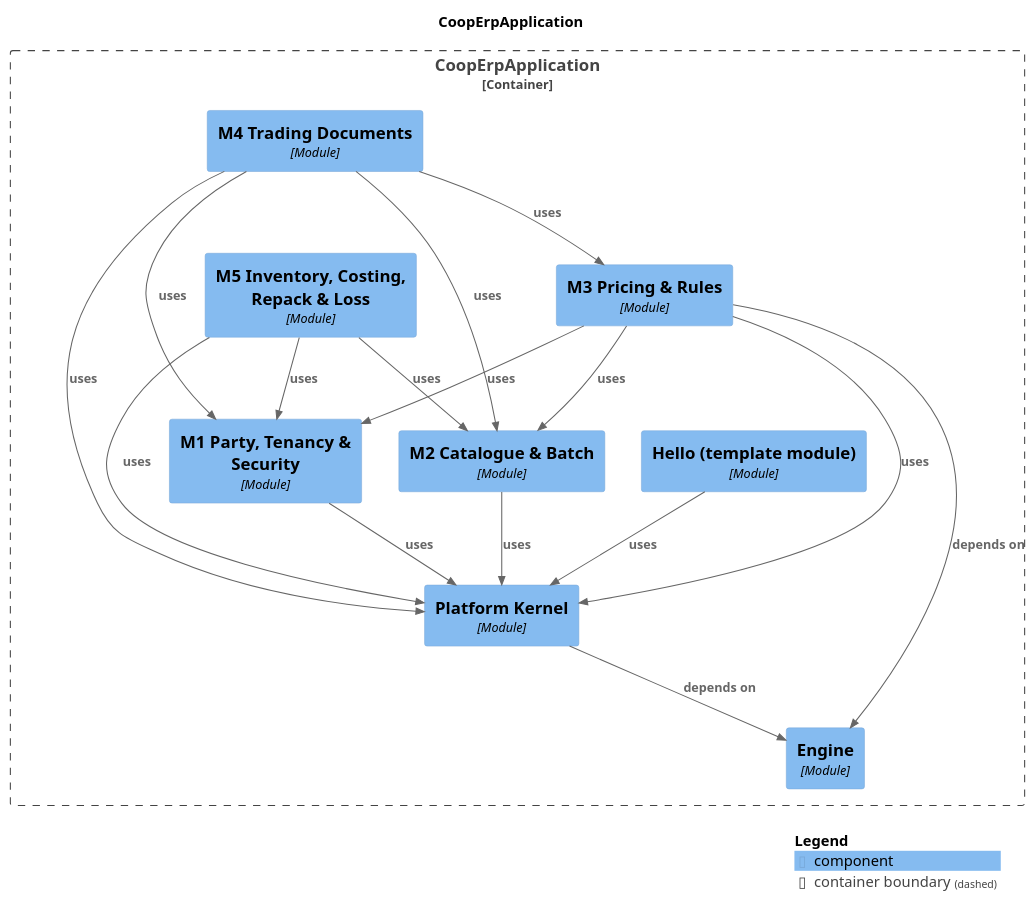
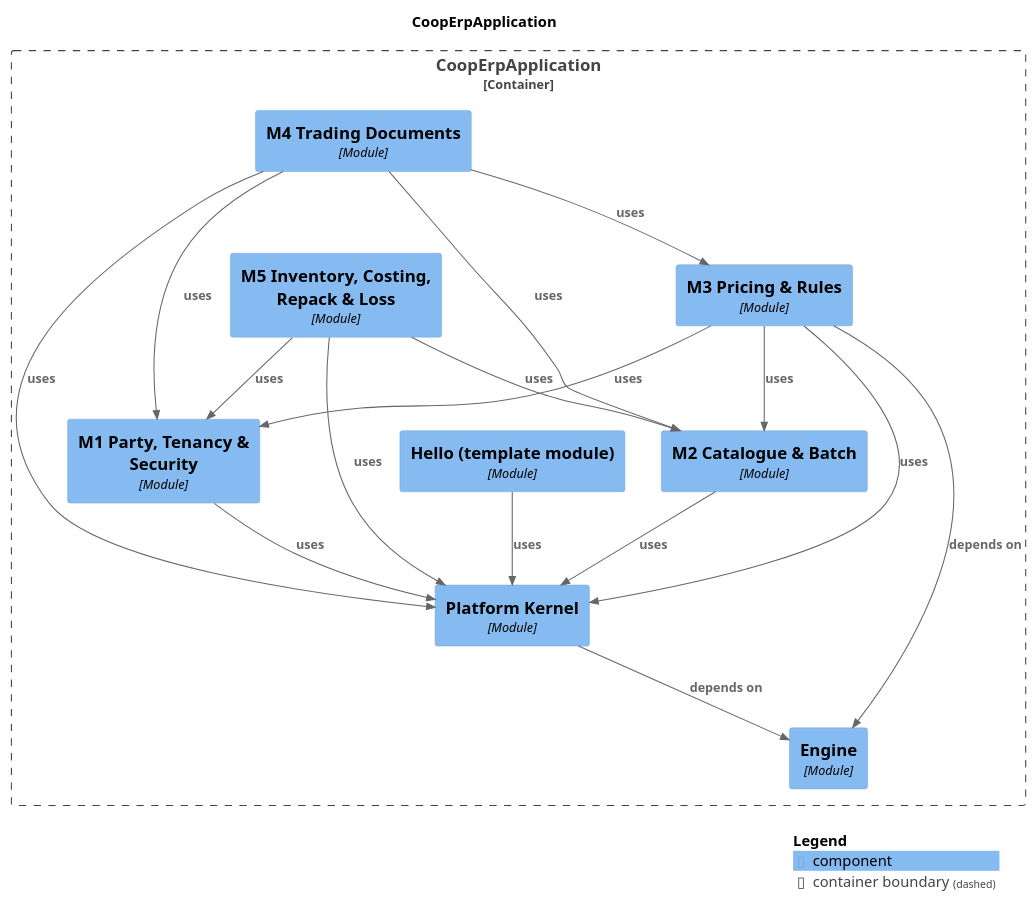
Before and after one commit to Knoweb/COOP_ERP: the diagram in docs/modules/components.puml, drawn with PlantUML. The commit also changed other lines of this file and 1 other file, not shown here.

Commit message:
docs(modules): regenerate the module diagrams and the web client

```diff
--- a/docs/modules/components.puml
+++ b/docs/modules/components.puml
@@ -1,39 +1,39 @@
 @startuml
 set separator none
 title CoopErpApplication
 
 top to bottom direction
 
 !include <C4/C4>
 !include <C4/C4_Context>
 !include <C4/C4_Component>
 
 Container_Boundary("CoopErpApplication.CoopErpApplication_boundary", "CoopErpApplication", $tags="") {
+  Component(CoopErpApplication.CoopErpApplication.M5InventoryCostingRepackLoss, "M5 Inventory, Costing, Repack & Loss", $techn="Module", $descr="", $tags="", $link="")
   Component(CoopErpApplication.CoopErpApplication.M4TradingDocuments, "M4 Trading Documents", $techn="Module", $descr="", $tags="", $link="")
-  Component(CoopErpApplication.CoopErpApplication.M5InventoryCostingRepackLoss, "M5 Inventory, Costing, Repack & Loss", $techn="Module", $descr="", $tags="", $link="")
   Component(CoopErpApplication.CoopErpApplication.Engine, "Engine", $techn="Module", $descr="", $tags="", $link="")
   Component(CoopErpApplication.CoopErpApplication.PlatformKernel, "Platform Kernel", $techn="Module", $descr="", $tags="", $link="")
   Component(CoopErpApplication.CoopErpApplication.Hellotemplatemodule, "Hello (template module)", $techn="Module", $descr="", $tags="", $link="")
   Component(CoopErpApplication.CoopErpApplication.M1PartyTenancySecurity, "M1 Party, Tenancy & Security", $techn="Module", $descr="", $tags="", $link="")
   Component(CoopErpApplication.CoopErpApplication.M2CatalogueBatch, "M2 Catalogue & Batch", $techn="Module", $descr="", $tags="", $link="")
   Component(CoopErpApplication.CoopErpApplication.M3PricingRules, "M3 Pricing & Rules", $techn="Module", $descr="", $tags="", $link="")
 }
 
 Rel(CoopErpApplication.CoopErpApplication.Hellotemplatemodule, CoopErpApplication.CoopErpApplication.PlatformKernel, "uses", $techn="", $tags="", $link="")
 Rel(CoopErpApplication.CoopErpApplication.M1PartyTenancySecurity, CoopErpApplication.CoopErpApplication.PlatformKernel, "uses", $techn="", $tags="", $link="")
 Rel(CoopErpApplication.CoopErpApplication.M2CatalogueBatch, CoopErpApplication.CoopErpApplication.PlatformKernel, "uses", $techn="", $tags="", $link="")
 Rel(CoopErpApplication.CoopErpApplication.M3PricingRules, CoopErpApplication.CoopErpApplication.Engine, "depends on", $techn="", $tags="", $link="")
 Rel(CoopErpApplication.CoopErpApplication.M3PricingRules, CoopErpApplication.CoopErpApplication.M1PartyTenancySecurity, "uses", $techn="", $tags="", $link="")
 Rel(CoopErpApplication.CoopErpApplication.M3PricingRules, CoopErpApplication.CoopErpApplication.M2CatalogueBatch, "uses", $techn="", $tags="", $link="")
 Rel(CoopErpApplication.CoopErpApplication.M3PricingRules, CoopErpApplication.CoopErpApplication.PlatformKernel, "uses", $techn="", $tags="", $link="")
 Rel(CoopErpApplication.CoopErpApplication.M4TradingDocuments, CoopErpApplication.CoopErpApplication.M1PartyTenancySecurity, "uses", $techn="", $tags="", $link="")
 Rel(CoopErpApplication.CoopErpApplication.M4TradingDocuments, CoopErpApplication.CoopErpApplication.M2CatalogueBatch, "uses", $techn="", $tags="", $link="")
 Rel(CoopErpApplication.CoopErpApplication.M4TradingDocuments, CoopErpApplication.CoopErpApplication.M3PricingRules, "uses", $techn="", $tags="", $link="")
 Rel(CoopErpApplication.CoopErpApplication.M4TradingDocuments, CoopErpApplication.CoopErpApplication.PlatformKernel, "uses", $techn="", $tags="", $link="")
 Rel(CoopErpApplication.CoopErpApplication.M5InventoryCostingRepackLoss, CoopErpApplication.CoopErpApplication.M1PartyTenancySecurity, "uses", $techn="", $tags="", $link="")
 Rel(CoopErpApplication.CoopErpApplication.M5InventoryCostingRepackLoss, CoopErpApplication.CoopErpApplication.M2CatalogueBatch, "uses", $techn="", $tags="", $link="")
 Rel(CoopErpApplication.CoopErpApplication.M5InventoryCostingRepackLoss, CoopErpApplication.CoopErpApplication.PlatformKernel, "uses", $techn="", $tags="", $link="")
 Rel(CoopErpApplication.CoopErpApplication.PlatformKernel, CoopErpApplication.CoopErpApplication.Engine, "depends on", $techn="", $tags="", $link="")
 
 SHOW_LEGEND(true)
 @enduml
```
